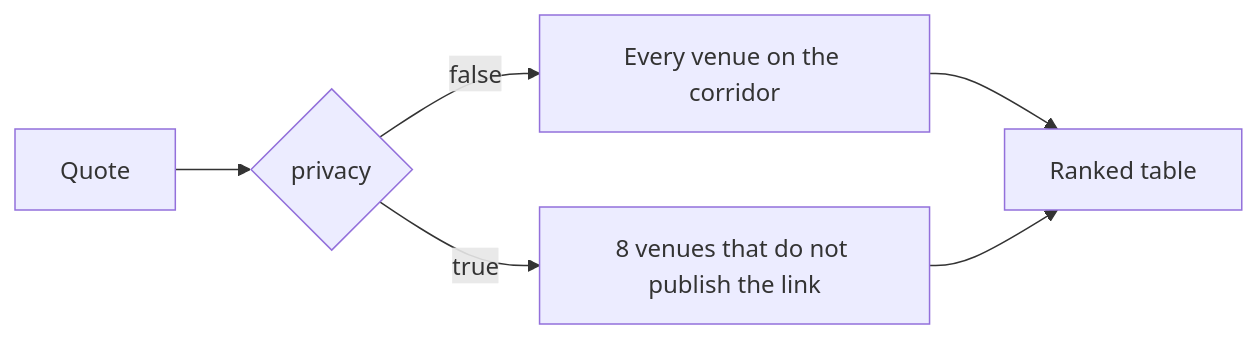
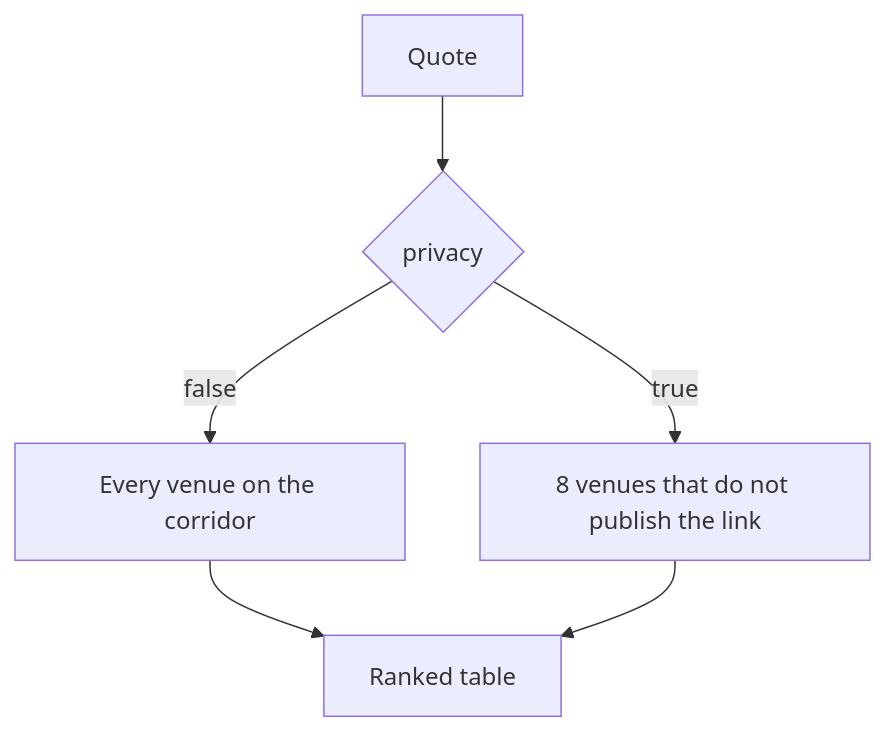
The diagram in concepts/privacy.mdx (Kernlog/brdg-docs), drawn with Mermaid before and after one commit. The commit also changed 39 other files, not shown here.

Commit message:
docs: inline venue marks, short endpoint titles, taller diagrams

````diff
--- a/concepts/privacy.mdx
+++ b/concepts/privacy.mdx
@@ -8,8 +8,8 @@
 ```mermaid
-flowchart LR
+flowchart TD
     Q["Quote"] --> M{"privacy"}
     M -->|false| A["Every venue on the corridor"]
     M -->|true| F["8 venues that do not publish the link"]
     A --> R["Ranked table"]
     F --> R
 ```
````
